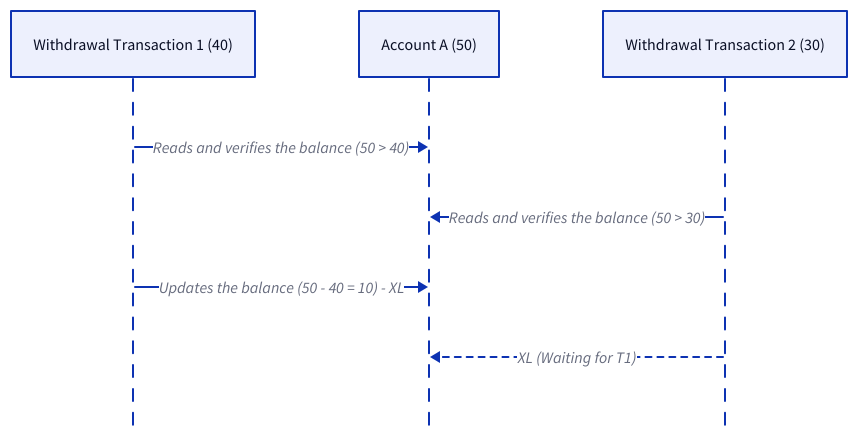
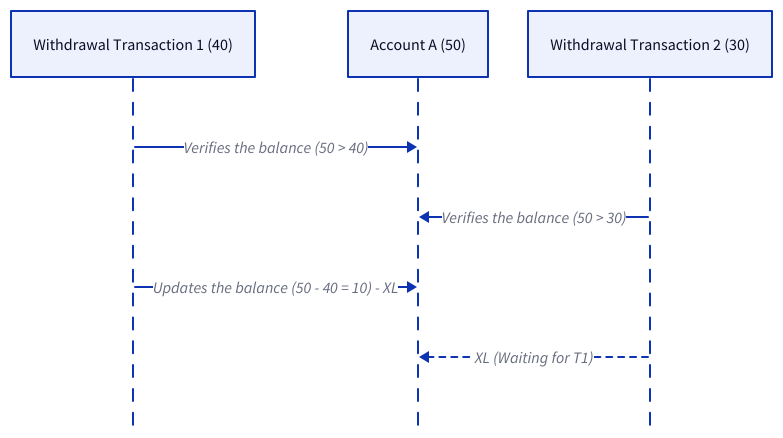
Before and after one commit to link1905/system-design-101: diagram 20 of 29 in content/docs/data-persistence/sql-database/concurrency-control.md, drawn with D2. The commit also changed other lines of this file and 40 other files, not shown here.

````diff
--- a/content/docs/data-persistence/sql-database/concurrency-control.md
+++ b/content/docs/data-persistence/sql-database/concurrency-control.md
@@ -587,13 +604,13 @@
 ```d2
 
 shape: sequence_diagram
 t1: Withdrawal Transaction 1 (40)
 a: Account A (50)
 t2: Withdrawal Transaction 2 (30)
-t1 -> a: Reads and verifies the balance (50 > 40)
-t2 -> a: Reads and verifies the balance (50 > 30)
+t1 -> a: Verifies the balance (50 > 40)
+t2 -> a: Verifies the balance (50 > 30)
 t1 -> a: Updates the balance (50 - 40 = 10) - XL
 t2 -> a: XL (Waiting for T1) {
     style.stroke-dash: 3
 }
 ```
````
